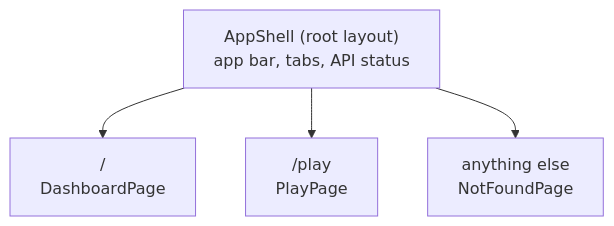
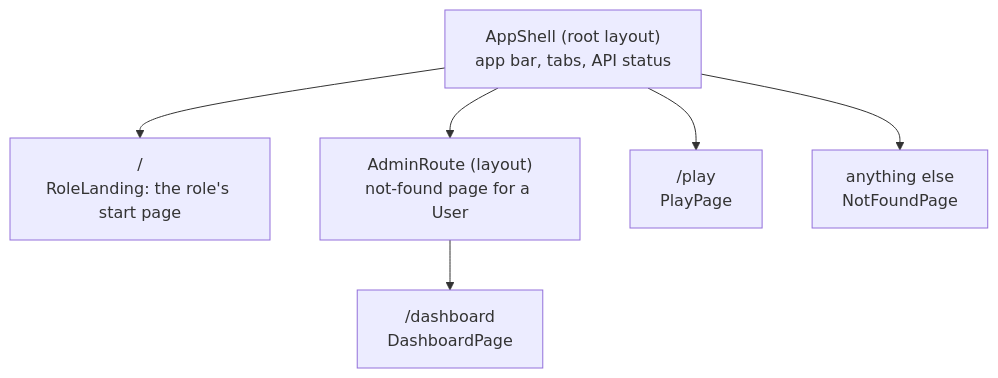
Before and after one commit to nitzanto/ratewatch: the first of 3 diagrams in apps/docs/src/content/docs/architecture/frontend.md, drawn with Mermaid. The commit also changed other lines of this file and 22 other files, not shown here.

First line of the commit message:
feat(auth): restrict routes by role and start each role on its own page (#63)

````diff
--- a/apps/docs/src/content/docs/architecture/frontend.md
+++ b/apps/docs/src/content/docs/architecture/frontend.md
@@ -58,6 +58,7 @@
 ```mermaid
 flowchart TD
-  shell["AppShell (root layout)<br/>app bar, tabs, API status"] --> dashboard["/<br/>DashboardPage"]
+  shell["AppShell (root layout)<br/>app bar, tabs, API status"] --> home["/<br/>RoleLanding: the role's start page"]
+  shell --> admin["AdminRoute (layout)<br/>not-found page for a User"] --> dashboard["/dashboard<br/>DashboardPage"]
   shell --> play["/play<br/>PlayPage"]
   shell --> notFound["anything else<br/>NotFoundPage"]
 ```
````
